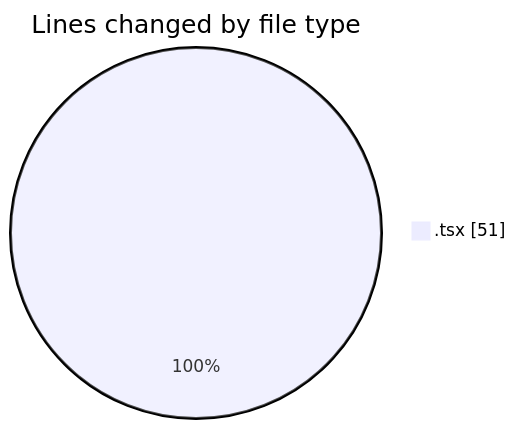
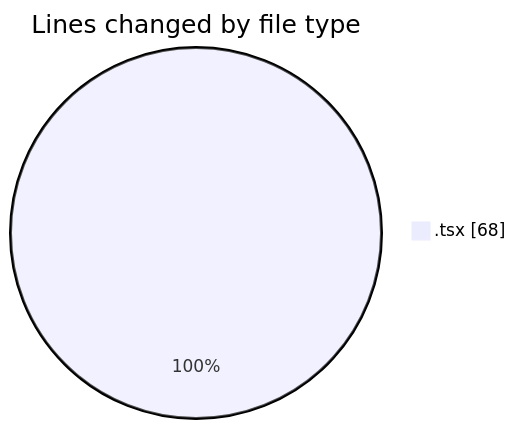
The first of 2 diagrams in 2025-09-16/cda/README.md (momahboobian/code-tracking), drawn with Mermaid before and after one commit. The commit also changed other lines of this file and 1 other file, not shown here.

````diff
--- a/2025-09-16/cda/README.md
+++ b/2025-09-16/cda/README.md
@@ -21,5 +21,5 @@
 ```mermaid
 pie showData
 title Lines changed by file type
-".tsx" : 51
+".tsx" : 68
 ```
````
